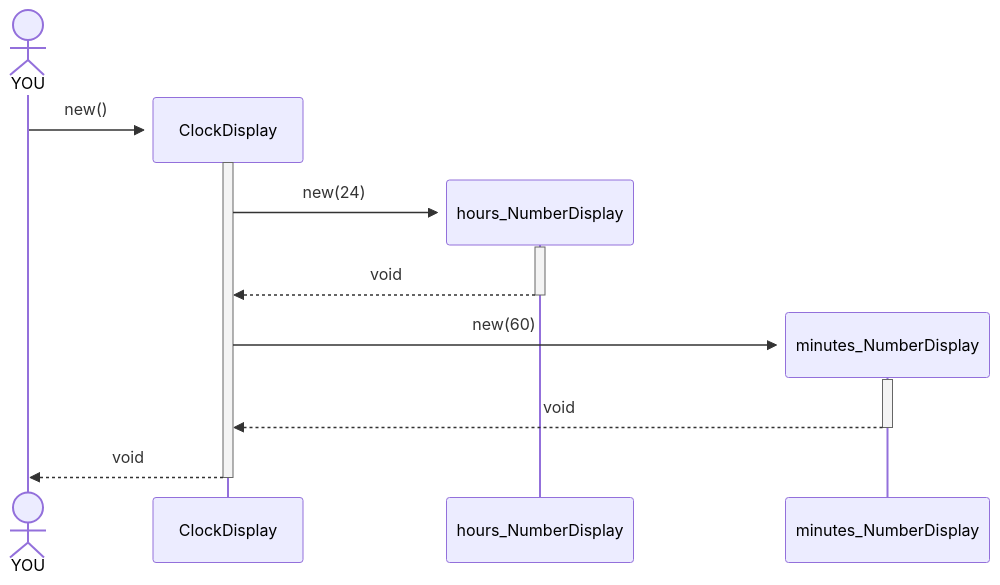
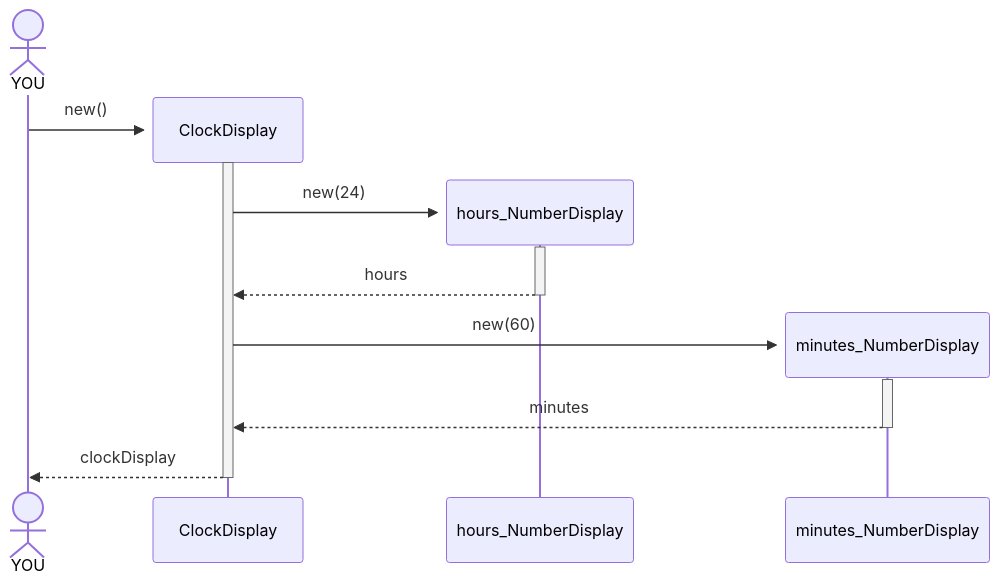
The second of 5 diagrams in hugo/content/material/info1/clock_display_refactoring/index.md (bkleinen/bkleinen.github.io), drawn with Mermaid before and after one commit. The commit also changed other lines of this file, not shown here.

Commit message:
sequence diagrams for orig

````diff
--- a/hugo/content/material/info1/clock_display_refactoring/index.md
+++ b/hugo/content/material/info1/clock_display_refactoring/index.md
@@ -56,15 +57,15 @@
 ```mermaid
 
 sequenceDiagram
     actor YOU
     create Participant ClockDisplay
     YOU->>+ClockDisplay: new()
     create Participant hours_NumberDisplay
     ClockDisplay->>+hours_NumberDisplay:new(24)
-    hours_NumberDisplay-->>-ClockDisplay:void
+    hours_NumberDisplay-->>-ClockDisplay:hours
     create Participant minutes_NumberDisplay
     ClockDisplay->>+minutes_NumberDisplay:new(60)
-    minutes_NumberDisplay-->>-ClockDisplay:void
-    ClockDisplay-->>-YOU:void
+    minutes_NumberDisplay-->>-ClockDisplay:minutes
+    ClockDisplay-->>-YOU:clockDisplay
 
 ```
````
